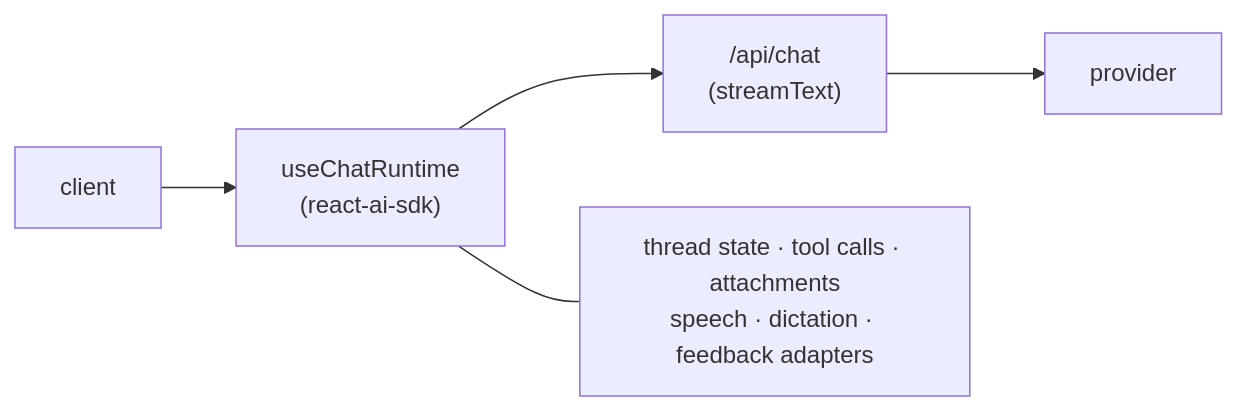
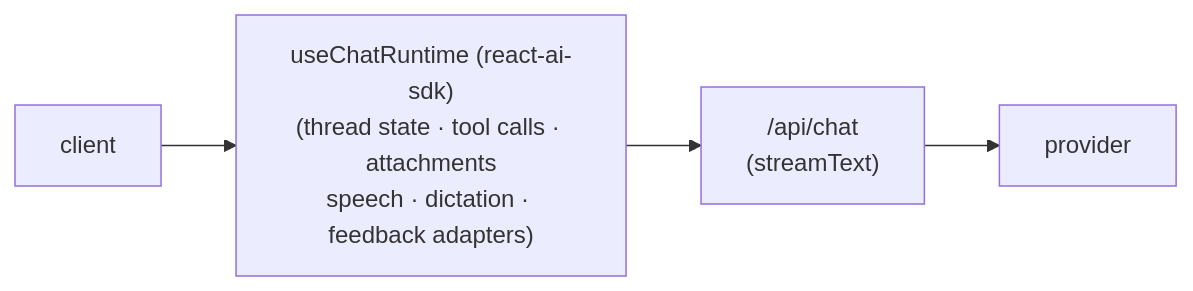
One commit to assistant-ui/assistant-ui changed the diagram in apps/docs/content/docs/integrations/frameworks/ai-sdk.mdx. Above: the diagram before and after it, drawn with Mermaid. The commit also changed 11 other files, not shown here.

First line of the commit message:
fix(docs): correct mermaid integration diagrams

````diff
--- a/apps/docs/content/docs/integrations/frameworks/ai-sdk.mdx
+++ b/apps/docs/content/docs/integrations/frameworks/ai-sdk.mdx
@@ -16,11 +16,9 @@
 ```mermaid
 flowchart LR
     client["client"]
-    runtime["useChatRuntime<br/>(react-ai-sdk)"]
+    runtime["useChatRuntime (react-ai-sdk)<br/>(thread state · tool calls · attachments<br/>speech · dictation · feedback adapters)"]
     api["/api/chat<br/>(streamText)"]
     provider["provider"]
-    adapters["thread state · tool calls · attachments<br/>speech · dictation · feedback adapters"]
 
     client --> runtime --> api --> provider
-    runtime --- adapters
 ```
````
